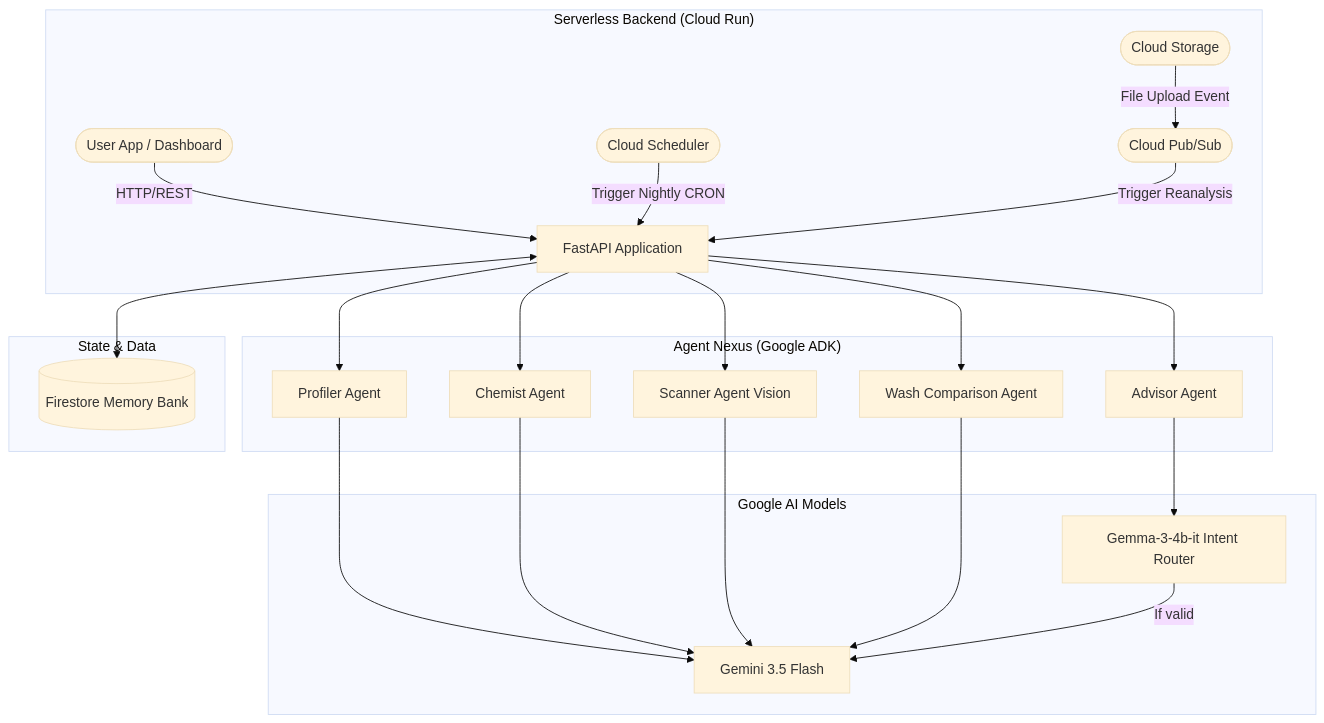
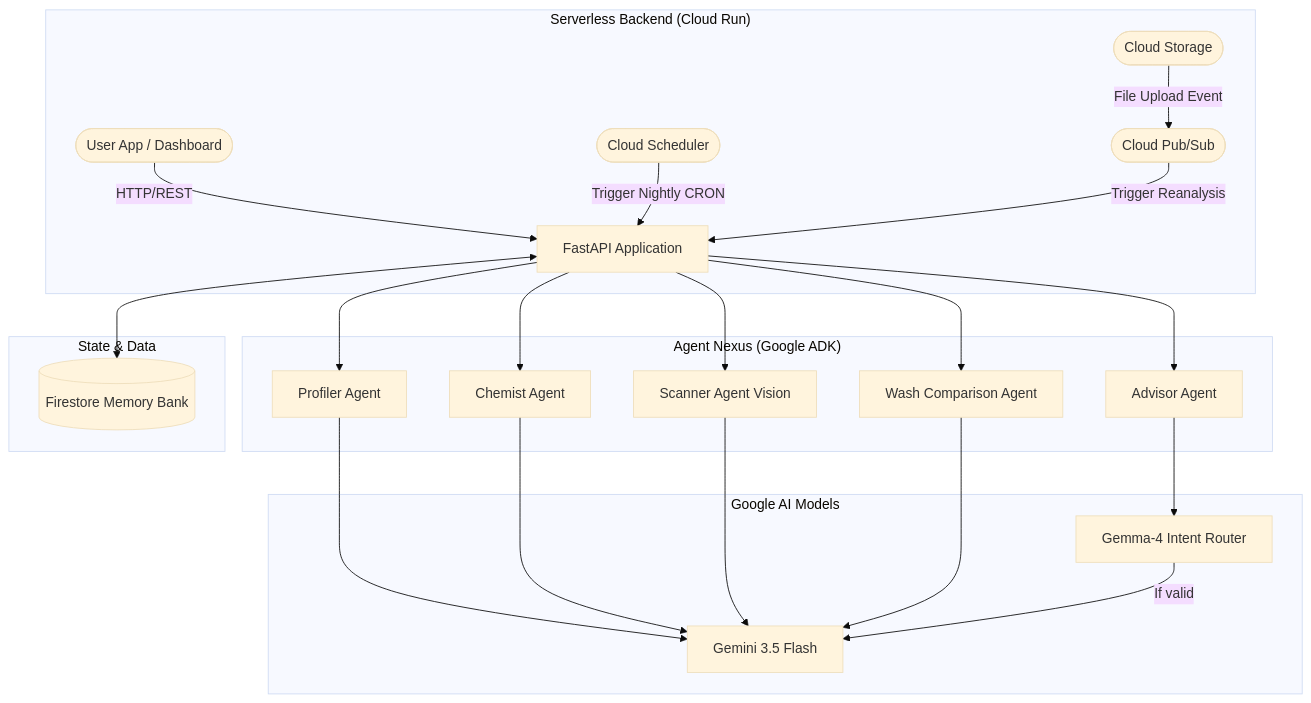
Before and after one commit to rowanammar/Curl-Chemist: the diagram in README.md, drawn with Mermaid (base theme). The commit also changed other lines of this file and 16 other files, not shown here.

````diff
--- a/README.md
+++ b/README.md
@@ -39,36 +39,36 @@
 ```mermaid
 graph TD
     User([User App / Dashboard])
     Scheduler([Cloud Scheduler])
     Storage([Cloud Storage])
     PubSub([Cloud Pub/Sub])
     
     subgraph "Serverless Backend (Cloud Run)"
     FastAPI[FastAPI Application]
     User -->|HTTP/REST| FastAPI
     Scheduler -->|Trigger Nightly CRON| FastAPI
     Storage -->|File Upload Event| PubSub
     PubSub -->|Trigger Reanalysis| FastAPI
     end
     
     subgraph "Agent Nexus (Google ADK)"
     FastAPI --> Profiler[Profiler Agent]
     FastAPI --> Chemist[Chemist Agent]
     FastAPI --> Scanner[Scanner Agent Vision]
     FastAPI --> Advisor[Advisor Agent]
     FastAPI --> Wash[Wash Comparison Agent]
     end
     
     subgraph "Google AI Models"
     Profiler --> Gemini[Gemini 3.5 Flash]
     Chemist --> Gemini
     Scanner --> Gemini
     Wash --> Gemini
-    Advisor --> Router[Gemma-3-4b-it Intent Router]
+    Advisor --> Router[Gemma-4 Intent Router]
     Router -->|If valid| Gemini
     end
     
     subgraph "State & Data"
     FastAPI <--> Firestore[(Firestore Memory Bank)]
     end
 ```
````
